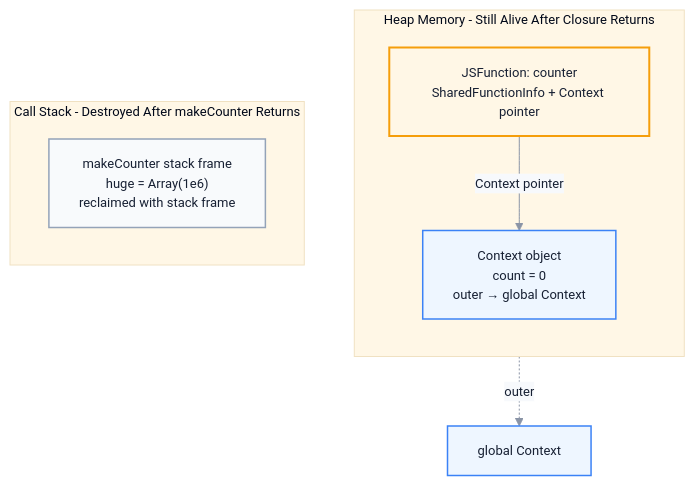
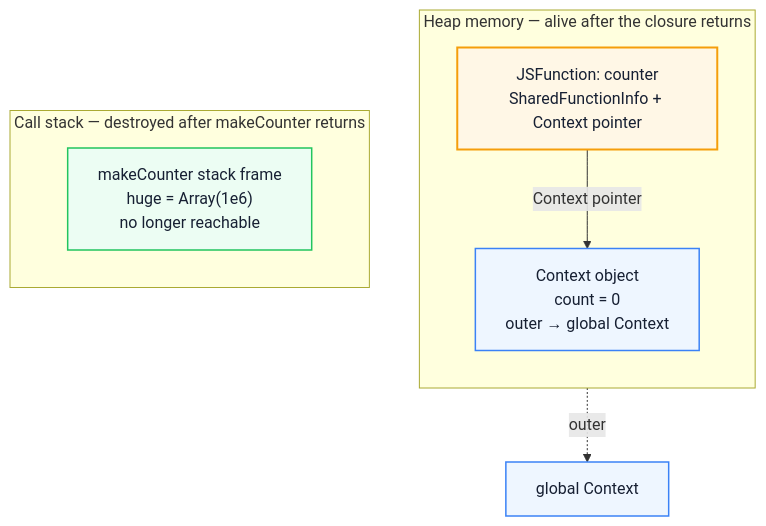
The third of 3 diagrams in docs/en/javascript/execution-context-closure.md (Fatejian/frontier-vault), drawn with Mermaid before and after one commit. The commit also changed other lines of this file and 41 other files, not shown here.

````diff
--- a/docs/en/javascript/execution-context-closure.md
+++ b/docs/en/javascript/execution-context-closure.md
@@ -318,24 +288,23 @@
 ```mermaid
-%%{init: {'theme': 'base', 'themeVariables': { 'fontFamily': 'Inter, PingFang SC, Microsoft YaHei, sans-serif', 'primaryColor': '#EEF6FF', 'primaryTextColor': '#172033', 'primaryBorderColor': '#6EA8FE', 'lineColor': '#8A94A6', 'secondaryColor': '#F7F9FC', 'tertiaryColor': '#FFF7E6', 'fontSize': '13px'}}}%%
 flowchart TB
-    subgraph Heap["Heap Memory - Still Alive After Closure Returns"]
+    subgraph Heap["Heap memory — alive after the closure returns"]
         direction TB
         FN["JSFunction: counter<br/>SharedFunctionInfo + Context pointer"]
         CTX["Context object<br/>count = 0<br/>outer → global Context"]
-        FN -- Context pointer --> CTX
+        FN -- "Context pointer" --> CTX
     end
 
-    subgraph Stack["Call Stack - Destroyed After makeCounter Returns"]
+    subgraph Stack["Call stack — destroyed after makeCounter returns"]
         direction TB
-        FR["makeCounter stack frame<br/>huge = Array(1e6)<br/>reclaimed with stack frame"]
+        FR["makeCounter stack frame<br/>huge = Array(1e6)<br/>no longer reachable"]
     end
 
-    CTX -. outer .-> GCTX["global Context"]
+    CTX -. "outer" .-> GCTX["global Context"]
 
-    classDef fn fill:#FFF7E6,stroke:#F59E0B,color:#172033,stroke-width:2px;
-    classDef ctx fill:#EEF6FF,stroke:#3B82F6,color:#172033,stroke-width:1.5px;
-    classDef stack fill:#F8FAFC,stroke:#94A3B8,color:#172033,stroke-width:1.5px;
-    class FN fn;
-    class CTX,GCTX ctx;
-    class FR stack;
+    classDef block fill:#FFF7E6,stroke:#F59E0B,color:#172033,stroke-width:2px;
+    classDef wait fill:#EEF6FF,stroke:#3B82F6,color:#172033,stroke-width:1.5px;
+    classDef work fill:#ECFDF3,stroke:#22C55E,color:#172033,stroke-width:1.5px;
+    class FN block;
+    class CTX,GCTX wait;
+    class FR work;
 ```
````
